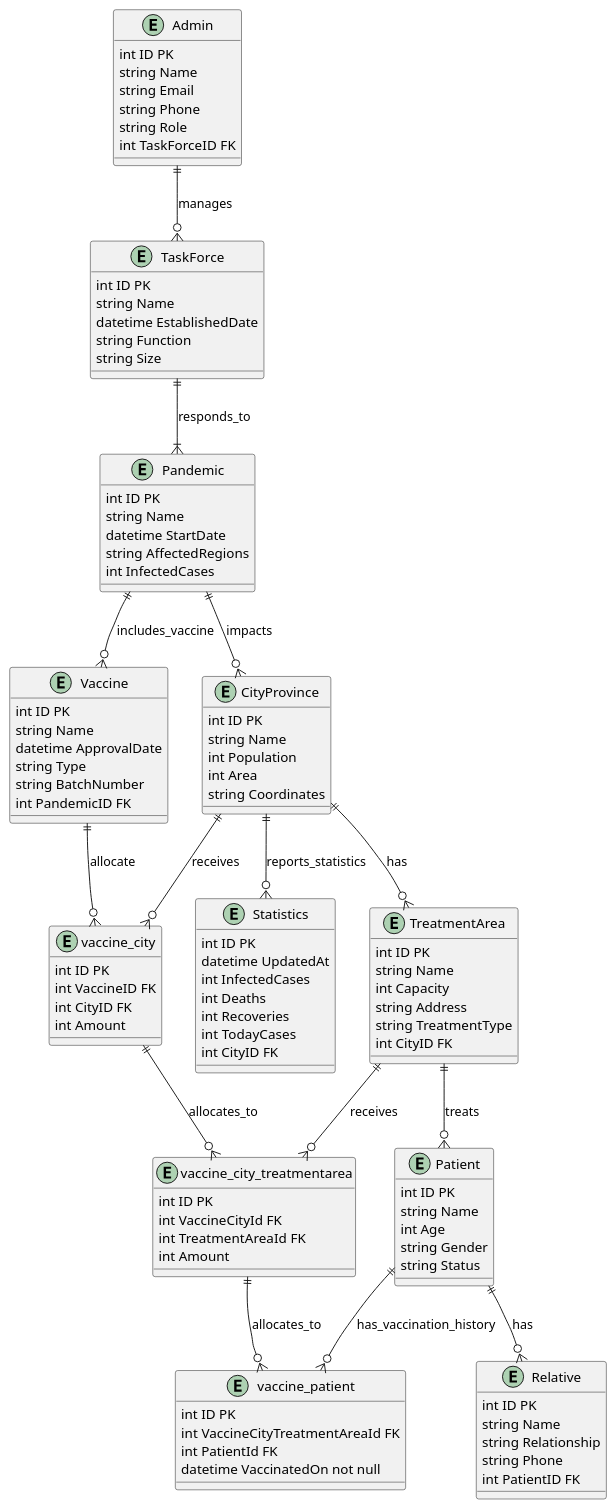
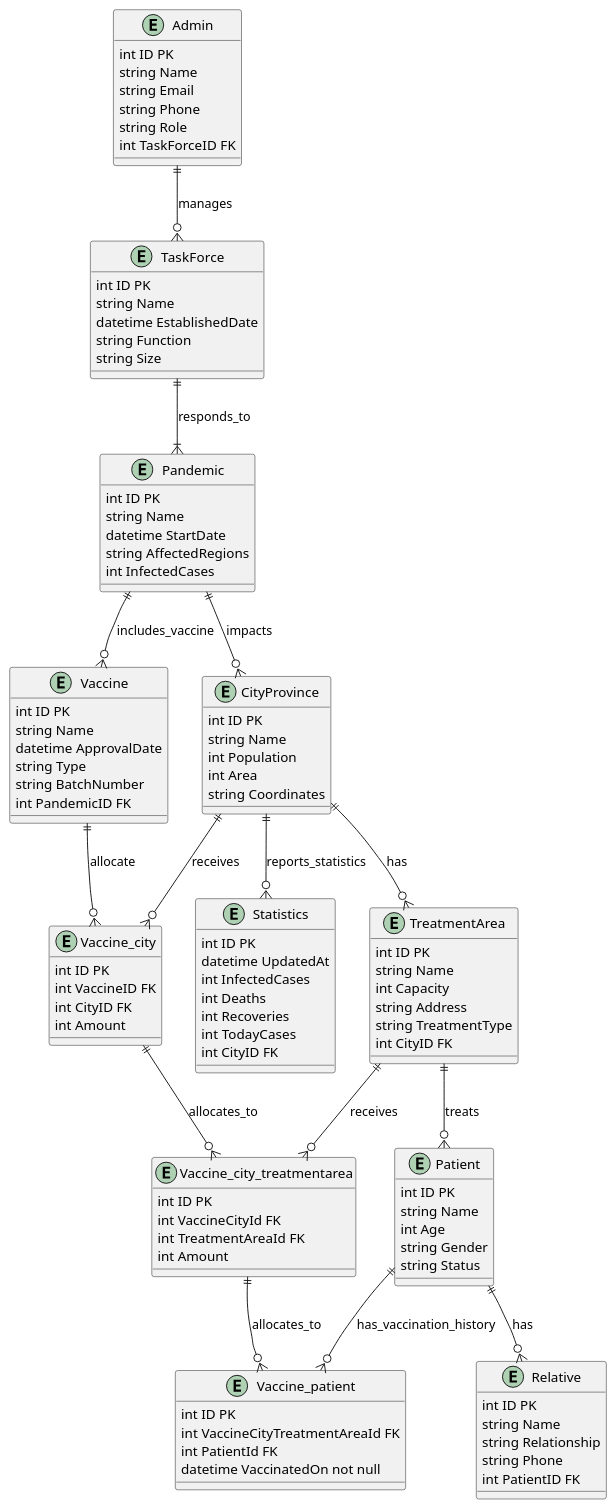
The diagram in diagram/model/erd.puml (t-pk/covid-gis-vn), drawn with PlantUML before and after one commit. The commit also changed 1 other file, not shown here.

Commit message:
update erd diagram

```diff
--- a/diagram/model/erd.puml
+++ b/diagram/model/erd.puml
@@ -1,120 +1,119 @@
 @startuml
-' skinparam classAttributeStyle {
-'     <<stereotype>>: #FF9800
-'     <<property>>: #000000
-' }
-
+skinparam entity {
+    stereotypeBackgroundColor #FF9800
+    attributeTextColor #000000
+}
 entity Admin {
     int ID PK
     string Name
     string Email
     string Phone
     string Role
     int TaskForceID FK
 }
 
 entity TaskForce {
     int ID PK
     string Name
     datetime EstablishedDate
     string Function
     string Size
 }
 
 entity Pandemic {
     int ID PK
     string Name
     datetime StartDate
     string AffectedRegions
     int InfectedCases
 }
 
 entity Vaccine {
     int ID PK
     string Name
     datetime ApprovalDate
     string Type
     string BatchNumber
     int PandemicID FK
 }
 
 entity CityProvince {
     int ID PK
     string Name
     int Population
     int Area
     string Coordinates
 }
 
 entity Statistics {
     int ID PK
     datetime UpdatedAt
     int InfectedCases
     int Deaths
     int Recoveries
     int TodayCases
     int CityID FK
 }
 
 entity TreatmentArea {
     int ID PK
     string Name
     int Capacity
     string Address
     string TreatmentType
     int CityID FK
 }
 
 entity Patient {
     int ID PK
     string Name
     int Age
     string Gender
     string Status
 }
 
 entity Relative {
     int ID PK
     string Name
     string Relationship
     string Phone
     int PatientID FK
 }
 
-entity vaccine_city {
+entity Vaccine_city {
     int ID PK
     int VaccineID FK
     int CityID FK
     int Amount
 }
 
-entity vaccine_city_treatmentarea {
+entity Vaccine_city_treatmentarea {
     int ID PK
     int VaccineCityId FK
     int TreatmentAreaId FK
     int Amount
 }
 
-entity vaccine_patient {
+entity Vaccine_patient {
     int ID PK
     int VaccineCityTreatmentAreaId FK
     int PatientId FK
     datetime VaccinatedOn not null
 }
 
 Admin ||--o{ TaskForce : manages
 TaskForce ||--|{ Pandemic : responds_to
 Pandemic ||--o{ Vaccine : includes_vaccine
 Pandemic ||--o{ CityProvince : impacts
-Vaccine ||--o{ vaccine_city : allocate
+Vaccine ||--o{ Vaccine_city : allocate
 CityProvince ||--o{ TreatmentArea : has
 CityProvince ||--o{ Statistics : reports_statistics
-CityProvince ||--o{ vaccine_city : receives
-vaccine_city ||--o{ vaccine_city_treatmentarea : allocates_to
-TreatmentArea ||--o{ vaccine_city_treatmentarea : receives
+CityProvince ||--o{ Vaccine_city : receives
+Vaccine_city ||--o{ Vaccine_city_treatmentarea : allocates_to
+TreatmentArea ||--o{ Vaccine_city_treatmentarea : receives
 TreatmentArea ||--o{ Patient : treats
 Patient ||--o{ Relative : has
-vaccine_city_treatmentarea ||--o{ vaccine_patient: allocates_to
-Patient ||--o{ vaccine_patient : has_vaccination_history
+Vaccine_city_treatmentarea ||--o{ Vaccine_patient: allocates_to
+Patient ||--o{ Vaccine_patient : has_vaccination_history
 
 @enduml
```
